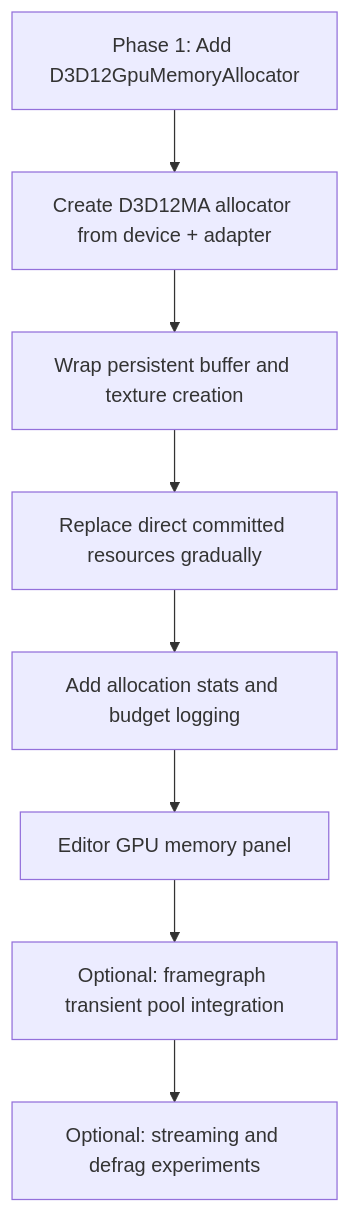
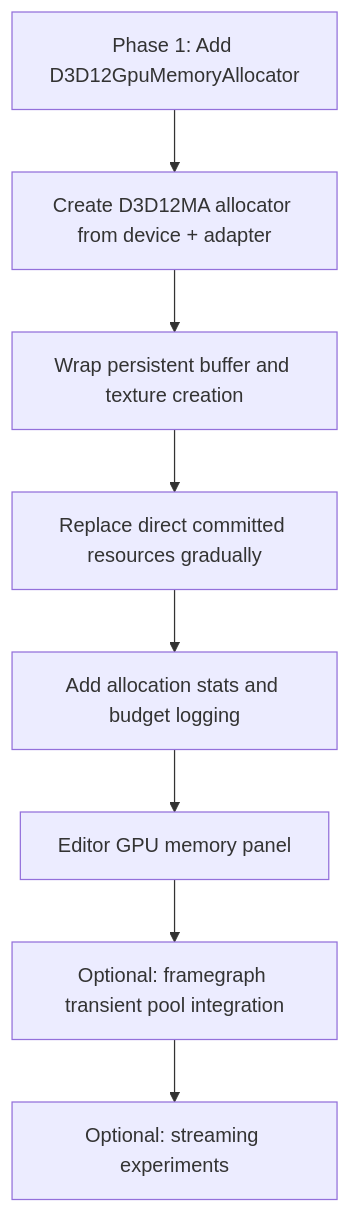
Before and after one commit to stoleckipawel/SparkleEngine: the tenth of 10 diagrams in docs/plans/d3d12ma-portfolio-integration-decision.md, drawn with Mermaid. The commit also changed other lines of this file and 3 other files, not shown here.

````diff
--- a/docs/plans/d3d12ma-portfolio-integration-decision.md
+++ b/docs/plans/d3d12ma-portfolio-integration-decision.md
@@ -461,10 +461,10 @@
 ```mermaid
 flowchart TD
     A[Phase 1: Add D3D12GpuMemoryAllocator] --> B[Create D3D12MA allocator from device + adapter]
     B --> C[Wrap persistent buffer and texture creation]
     C --> D[Replace direct committed resources gradually]
     D --> E[Add allocation stats and budget logging]
     E --> F[Editor GPU memory panel]
     F --> G[Optional: framegraph transient pool integration]
-    G --> H[Optional: streaming and defrag experiments]
+    G --> H[Optional: streaming experiments]
 ```
````
